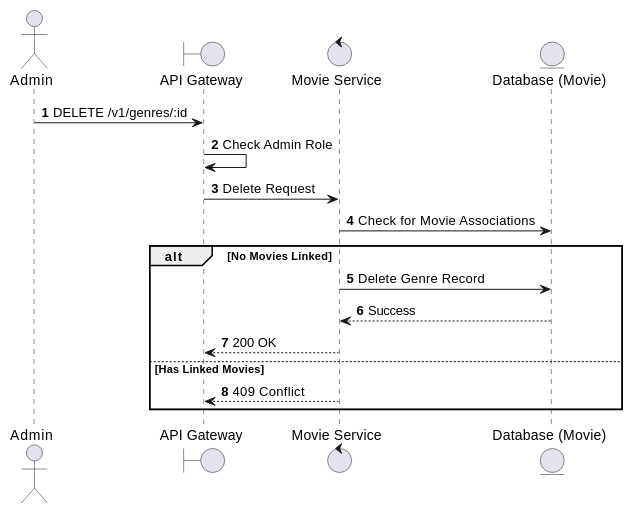
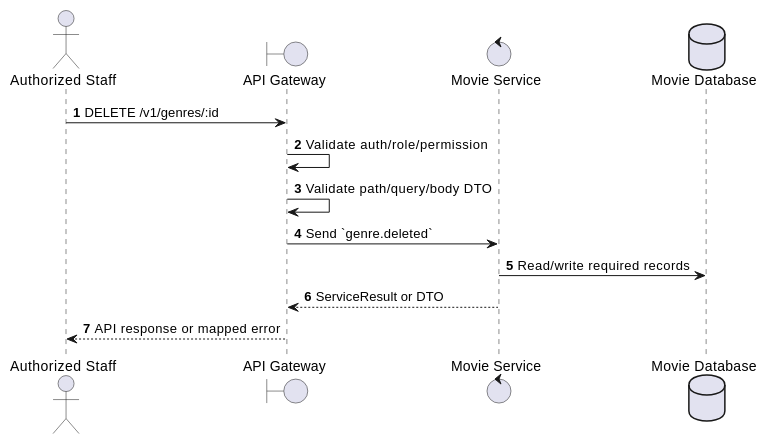
The first of 2 diagrams in docs/functional_specs/3.3.3_Genre_Management/GM-05_Delete_Genre.md (Tanh1603/movie-hub-architecture), drawn with PlantUML before and after one commit. The commit also changed other lines of this file and 126 other files, not shown here.

````diff
--- a/docs/functional_specs/3.3.3_Genre_Management/GM-05_Delete_Genre.md
+++ b/docs/functional_specs/3.3.3_Genre_Management/GM-05_Delete_Genre.md
@@ -17,21 +17,17 @@
 ```plantuml
 @startuml
 autonumber
-actor Admin
+actor "Authorized Staff" as Actor
 boundary "API Gateway" as GW
-control "Movie Service" as MS
-entity "Database (Movie)" as DB
+control "Movie Service" as SVC
+database "Movie Database" as DB
 
-Admin -> GW: DELETE /v1/genres/:id
-GW -> GW: Check Admin Role
-GW -> MS: Delete Request
-MS -> DB: Check for Movie Associations
-alt No Movies Linked
-    MS -> DB: Delete Genre Record
-    DB --> MS: Success
-    MS --> GW: 200 OK
-else Has Linked Movies
-    MS --> GW: 409 Conflict
-end
+Actor -> GW: DELETE /v1/genres/:id
+GW -> GW: Validate auth/role/permission
+GW -> GW: Validate path/query/body DTO
+GW -> SVC: Send `genre.deleted`
+SVC -> DB: Read/write required records
+SVC --> GW: ServiceResult or DTO
+GW --> Actor: API response or mapped error
 @enduml
 ```
````
